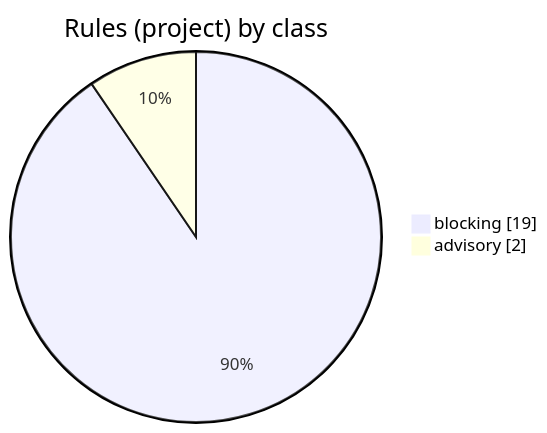
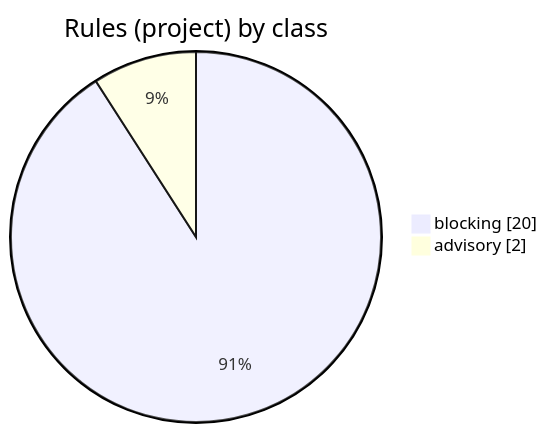
Before and after one commit to korczis/OpenTTD: the ninth of 11 diagrams in README.md, drawn with Mermaid. The commit also changed other lines of this file and 2 other files, not shown here.

````diff
--- a/README.md
+++ b/README.md
@@ -1313,6 +1314,6 @@
 ```mermaid
 pie showData title Rules (project) by class
     %% links: README.md?col=Class&filter=blocking#06-ground-rules-short-version | README.md?col=Class&filter=advisory#06-ground-rules-short-version
-    "blocking" : 19
+    "blocking" : 20
     "advisory" : 2
 ```
````
